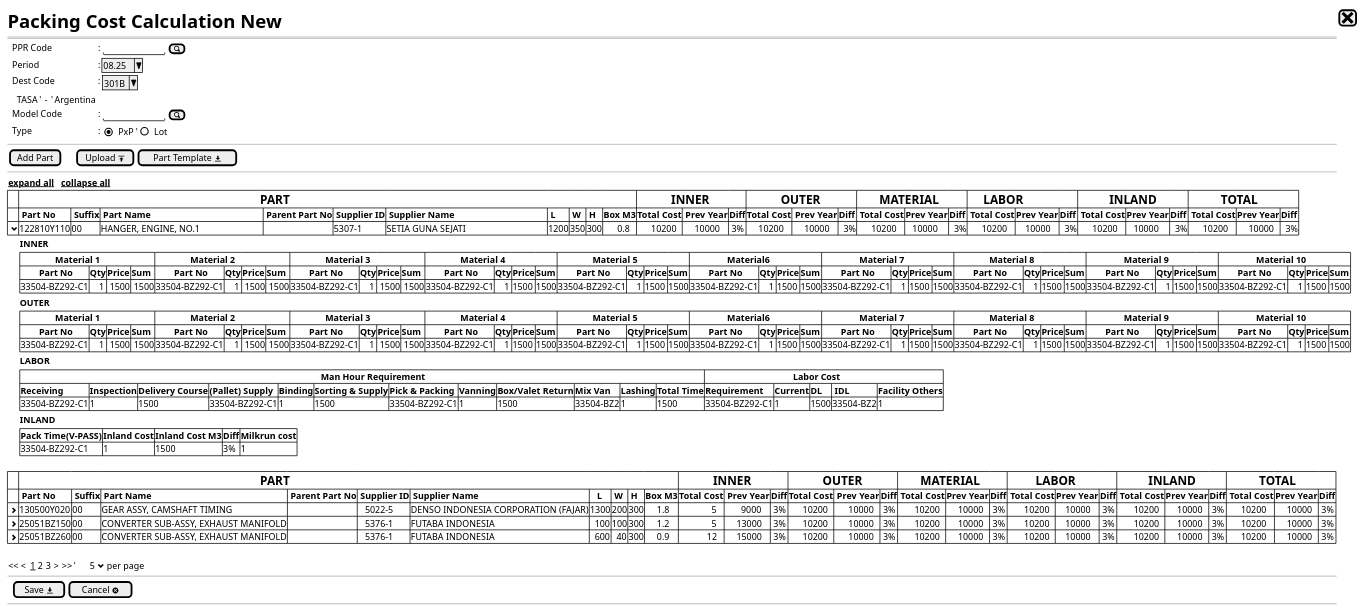
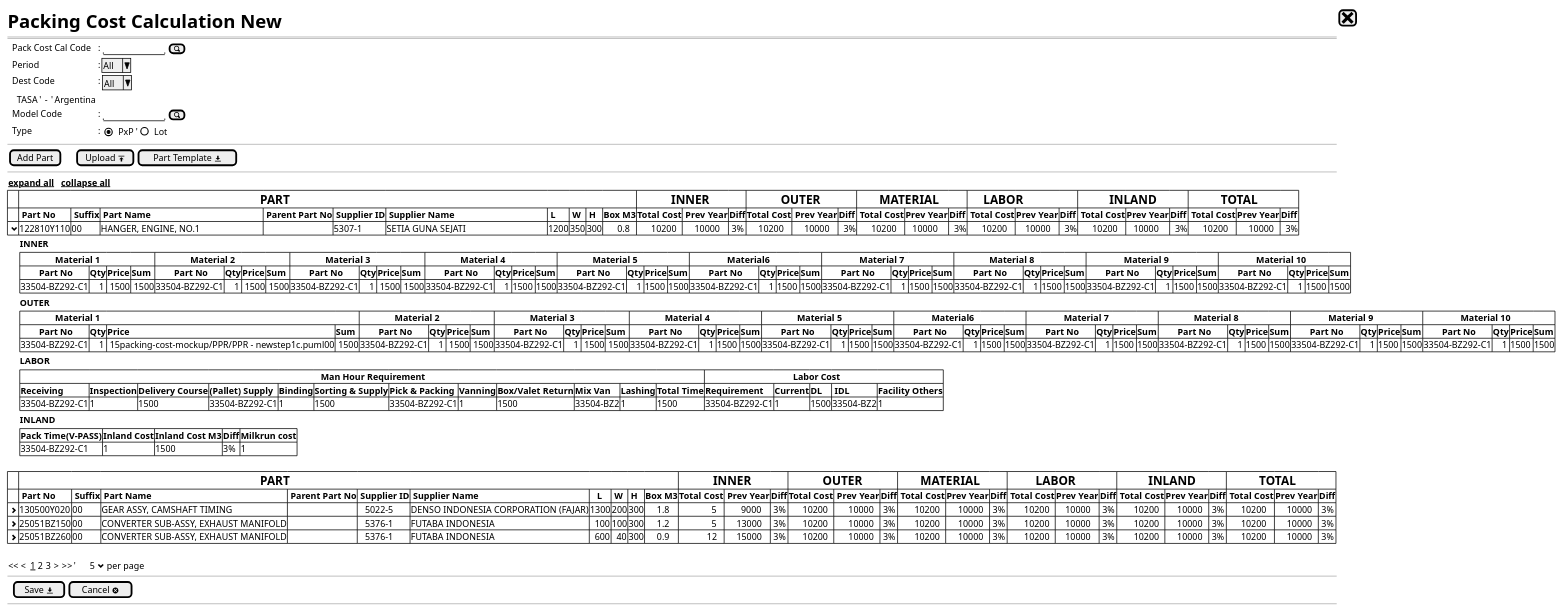
Before and after one commit to ari-fikri/packing-cost-mockup: the diagram in PPR/PPR - newstep1b.puml, drawn with PlantUML. The commit also changed 5 other files, not shown here.

Commit message:
- Rename PPR Code label into Pack Cost Cal Code - Add blank slate page for Pack Cost Cal List - Add filled state of Calculate Packing Cost - Add filled state page of Packing Cost Calc new master data - Add first saved Calculated Packing Cost data - Add multipled data of saved Calcuated Packing Cost

```diff
--- a/PPR/PPR - newstep1b.puml
+++ b/PPR/PPR - newstep1b.puml
@@ -1,77 +1,77 @@
 @startsalt
 {
   <size:25><b>Packing Cost Calculation New|[<size:25><&x>]|*
   ==
   {
-    .|PPR Code          |: {|"          "|[<&magnifying-glass>]|}*
-    .|Period            |: |^08.25^|*    
-    .|Dest Code         |: {|^301B^| }*
+    .|Pack Cost Cal Code  |: {|"          "|[<&magnifying-glass>]|}*
+    .|Period              |: |^All^|*    
+    .|Dest Code           |: {|^All^| }*
       .|{
       .| TASA |' -  '| Argentina | *
       }
     .|Model Code        |: {"          "|[<&magnifying-glass>]|}*
     .|Type              |: {|    {(X)PxP}        '|   ()Lot}
   }
   --
   {
     |[Add Part] |.|.|.|[Upload <&data-transfer-upload>]| [Part Template <&data-transfer-download>]|* 
   }
   --
   { <u><b>expand all   <u><b>collapse all }*
   {#
   |. |=                                                                              PART|*|*|*|*|*|*|*|*|*                                                                                                                  |=           INNER |*|*             |=           OUTER | *|*            |=       MATERIAL|*|*                 |=     LABOR|*|*                      |=          INLAND|*|*                |=          TOTAL         |*|*|*
   |. |<b> Part No                      |<b> Suffix|<b> Part Name                                  | <b> Parent Part No |<b> Supplier ID |<b> Supplier Name                                    |<b> L |<b> W |<b> H |<b>Box M3|<b>Total Cost|<b> Prev Year|<b>Diff|<b>Total Cost|<b> Prev Year|<b>Diff|<b> Total Cost |<b>Prev Year |<b>Diff|<b> Total Cost |<b>Prev Year |<b>Diff|<b> Total Cost |<b>Prev Year |<b>Diff|<b> Total Cost |<b>Prev Year |<b>Diff|*
   |<b> <&chevron-bottom> |122810Y110   | 00       |HANGER, ENGINE, NO.1                           |            .       |5307-1          | SETIA GUNA SEJATI                                   | 1200 | 350  | 300  |      0.8|      10200  |     10000   |  3%   |     10200   |     10000   |  3%   |      10200    |   10000       |  3% |      10200    |    10000    |  3%   |      10200    |   10000     |  3%   |      10200    |     10000    |  3%|*
   }* 
         {.|.|.|<b>INNER |}*  
         {
           .|.|.|{#
             |               <b>Material 1 |*|*|*            |               <b>Material 2 |*|*|*                    |               <b>Material 3 |*|*|*         |               <b>Material 4 |*|*|*                              |               <b>Material 5 |*|*|*                             |               <b> Material6 |*|*|*                                  |               <b> Material 7 |*|*|*                                 |               <b>Material 8 |*|*|*               |               <b> Material 9 |*|*|*              |               <b> Material 10 |*|*|*|*
             |        <b>Part No|<b>Qty    |<b>Price  |<b>Sum|        <b>Part No           |<b>Qty|<b>Price   |<b>Sum|        <b>Part No|<b>Qty|<b>Price  |<b>Sum |        <b>Part No                   |<b>Qty|<b>Price   |<b>Sum  |        <b>Part No                    |<b>Qty|<b>Price |<b>Sum  |        <b>Part No                        |<b>Qty|<b>Price  |<b>Sum  |        <b>Part No                    |<b>Qty|<b>Price  |<b>Sum      |        <b>Part No     |<b>Qty|<b>Price  |<b>Sum  |        <b>Part No     |<b>Qty|<b>Price  |<b>Sum  |        <b>Part No             |<b>Qty|<b>Price  |<b>Sum  |*
             |33504-BZ292-C1    ||    1    | 1500     | 1500 |33504-BZ292-C1               |    1 | 1500      | 1500 |33504-BZ292-C1    |    1 | 1500     | 1500  |33504-BZ292-C1                       |    1 | 1500      |1500    |33504-BZ292-C1                        |    1 | 1500    | 1500   |33504-BZ292-C1                            |    1 | 1500    |1500     |33504-BZ292-C1                        |    1 | 1500     | 1500       |33504-BZ292-C1 |    1 | 1500    | 1500            |33504-BZ292-C1         |    1 | 1500     | 1500   |33504-BZ292-C1                 |    1  | 1500    | 1500   |*                        
            
           }
         }*
         {.|.|.|<b>OUTER |}*
         {
           .|.|.|{#
             |               <b>Material 1 |*|*|*            |               <b>Material 2 |*|*|*                    |               <b>Material 3 |*|*|*         |               <b>Material 4 |*|*|*                              |               <b>Material 5 |*|*|*                             |               <b> Material6 |*|*|*                                  |               <b> Material 7 |*|*|*                                 |               <b>Material 8 |*|*|*               |               <b> Material 9 |*|*|*              |               <b> Material 10 |*|*|*|*
             |        <b>Part No|<b>Qty    |<b>Price  |<b>Sum|        <b>Part No           |<b>Qty|<b>Price   |<b>Sum|        <b>Part No|<b>Qty|<b>Price  |<b>Sum |        <b>Part No                   |<b>Qty|<b>Price   |<b>Sum  |        <b>Part No                    |<b>Qty|<b>Price |<b>Sum  |        <b>Part No                        |<b>Qty|<b>Price  |<b>Sum  |        <b>Part No                    |<b>Qty|<b>Price  |<b>Sum      |        <b>Part No     |<b>Qty|<b>Price  |<b>Sum  |        <b>Part No     |<b>Qty|<b>Price  |<b>Sum  |        <b>Part No             |<b>Qty|<b>Price  |<b>Sum  |*
-            |33504-BZ292-C1    ||    1    | 1500     | 1500 |33504-BZ292-C1               |    1 | 1500      | 1500 |33504-BZ292-C1    |    1 | 1500     | 1500  |33504-BZ292-C1                       |    1 | 1500      |1500    |33504-BZ292-C1                        |    1 | 1500    | 1500   |33504-BZ292-C1                            |    1 | 1500    |1500     |33504-BZ292-C1                        |    1 | 1500     | 1500       |33504-BZ292-C1 |    1 | 1500    | 1500            |33504-BZ292-C1         |    1 | 1500     | 1500   |33504-BZ292-C1                 |    1  | 1500    | 1500   |*                        
+            |33504-BZ292-C1    ||    1    | 15packing-cost-mockup/PPR/PPR - newstep1c.puml00     | 1500 |33504-BZ292-C1               |    1 | 1500      | 1500 |33504-BZ292-C1    |    1 | 1500     | 1500  |33504-BZ292-C1                       |    1 | 1500      |1500    |33504-BZ292-C1                        |    1 | 1500    | 1500   |33504-BZ292-C1                            |    1 | 1500    |1500     |33504-BZ292-C1                        |    1 | 1500     | 1500       |33504-BZ292-C1 |    1 | 1500    | 1500            |33504-BZ292-C1         |    1 | 1500     | 1500   |33504-BZ292-C1                 |    1  | 1500    | 1500   |*                        
            
           }
         }*        
         {.|.|.|<b>LABOR |}*  
         {
           .|.|.|{#
             |                                                                                                                                  <b>Man Hour Requirement |*|*|*|*|*|*|*|*|*|*|*                                                                                                                                                   |                                     <b> Labor Cost                |*|*|*|*|*
             |<b>Receiving     |<b>Inspection|<b>Delivery Course  |<b>(Pallet) Supply|<b>Binding|<b>Sorting & Supply  |<b>Pick & Packing|<b>Vanning|<b>Box/Valet Return  |<b>Mix Van|<b>Lashing|<b>Total Time  | <b>Requirement|<b>Current|<b>DL  |<b> <b>IDL|<b>Facility Others|*
             |33504-BZ292-C1   |1            | 1500               |33504-BZ292-C1    |1         | 1500                |33504-BZ292-C1   |1         | 1500                |33504-BZ2|1          | 1500          |33504-BZ292-C1 |1         | 1500  |33504-BZ2 |1                 |*
           }
         }
         {.|.|.|<b>INLAND |}*  
         {
           .|.|.|{#
             |<b>Pack Time(V-PASS)|<b>Inland Cost|<b>Inland Cost M3  |<b>Diff        |<b>Milkrun cost|*
             |33504-BZ292-C1      |1             | 1500              |3%             |1              |*
           }
         }*
   .
   {#
     |. |=                                                                              PART|*|*|*|*|*|*|*|*|*                                                                                         |=           INNER |*|*             |=           OUTER | *|*            |=       MATERIAL|*|*                    |=         LABOR|*|*                   |=          INLAND|*|*                  |=          TOTAL         |*|*|*
     |.                    |<b> Part No  |<b> Suffix |<b> Part Name                        | <b> Parent Part No |<b> Supplier ID |<b> Supplier Name                     |   <b>L|<b> W |<b> H |<b>Box M3|<b>Total Cost   |<b> Prev Year|<b>Diff|<b>Total Cost|<b> Prev Year|<b>Diff|<b> Total Cost |<b>Prev Year |<b>Diff|<b> Total Cost |<b>Prev Year |<b>Diff|<b> Total Cost |<b>Prev Year |<b>Diff|<b> Total Cost |<b>Prev Year |<b>Diff|*
     |<b> <&chevron-right> |130500Y020   | 00        |GEAR ASSY, CAMSHAFT TIMING	          |            .       |   5022-5       | DENSO INDONESIA CORPORATION (FAJAR)  | 1300  | 200  | 300  |     1.8 |               5|        9000 |  3%    |       10200|       10000 |  3%   |        10200  |      10000 |  3%    |        10200  |     10000   |  3%   |        10200  |     10000       |  3%|       10200|     10000     |  3%    |*    
     |<b> <&chevron-right> |25051BZ150   | 00        |CONVERTER SUB-ASSY, EXHAUST MANIFOLD |            .       |   5376-1       | FUTABA INDONESIA                     |   100 | 100  | 300  |     1.2 |               5|      13000  |  3%    |       10200|       10000 |  3%   |        10200  |      10000 |  3%    |        10200  |     10000   |  3%   |        10200  |     10000       |  3%|       10200|     10000     |  3%    |*
     |<b> <&chevron-right> |25051BZ260   | 00        |CONVERTER SUB-ASSY, EXHAUST MANIFOLD |            .       |   5376-1       | FUTABA INDONESIA                     |    600|   40 | 300  |     0.9 |             12 |      15000  |  3%    |       10200|       10000 |  3%   |        10200  |      10000 |  3%    |        10200  |     10000   |  3%   |        10200  |     10000       |  3%|       10200|     10000     |  3%    |*
   }
   .
   {
   << <  __1__ 2 3  > >>  |'      5 <&chevron-bottom> per page |*
   }
   --
   {
   .|[ Save <&data-transfer-download>] |  [Cancel <&circle-x> ]|*
   }
   --
 }
 @endsalt
```
